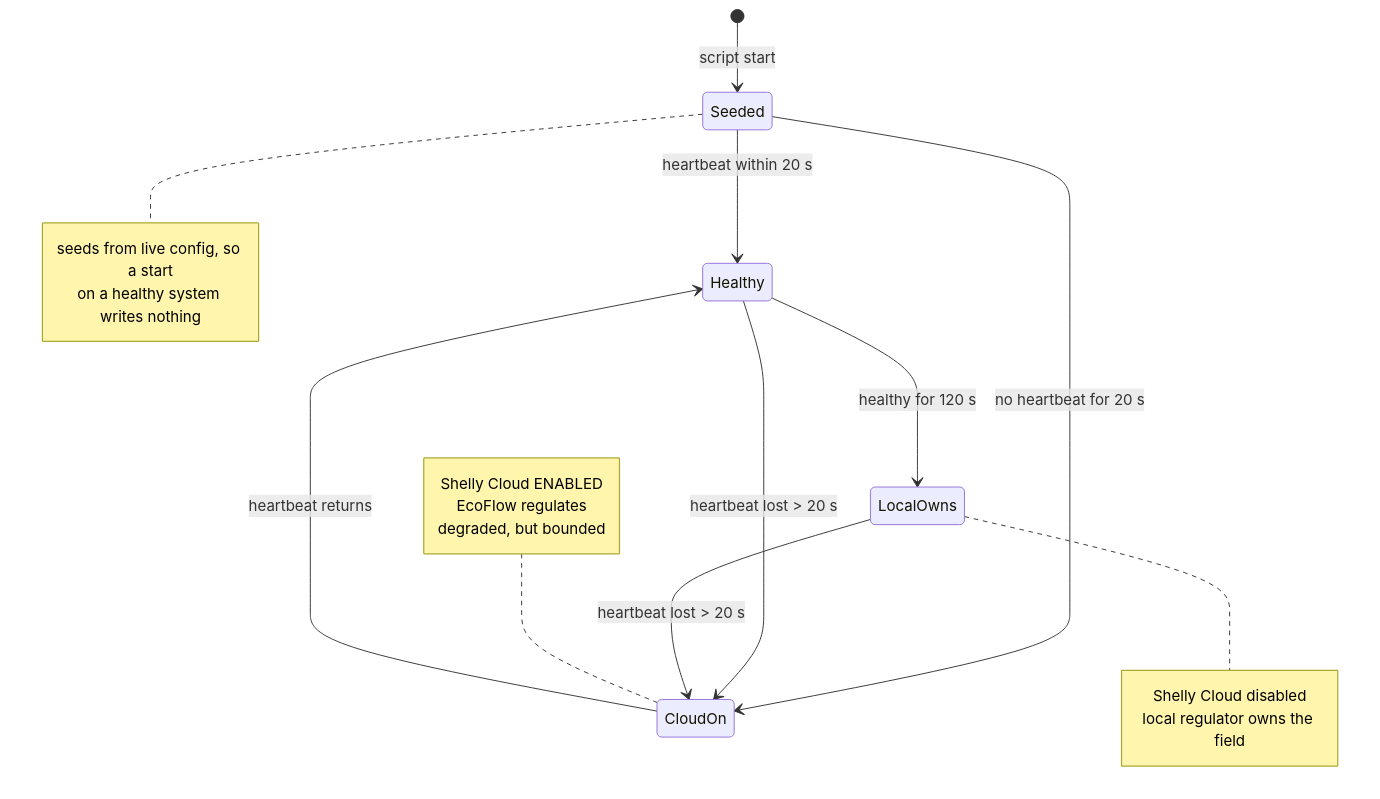
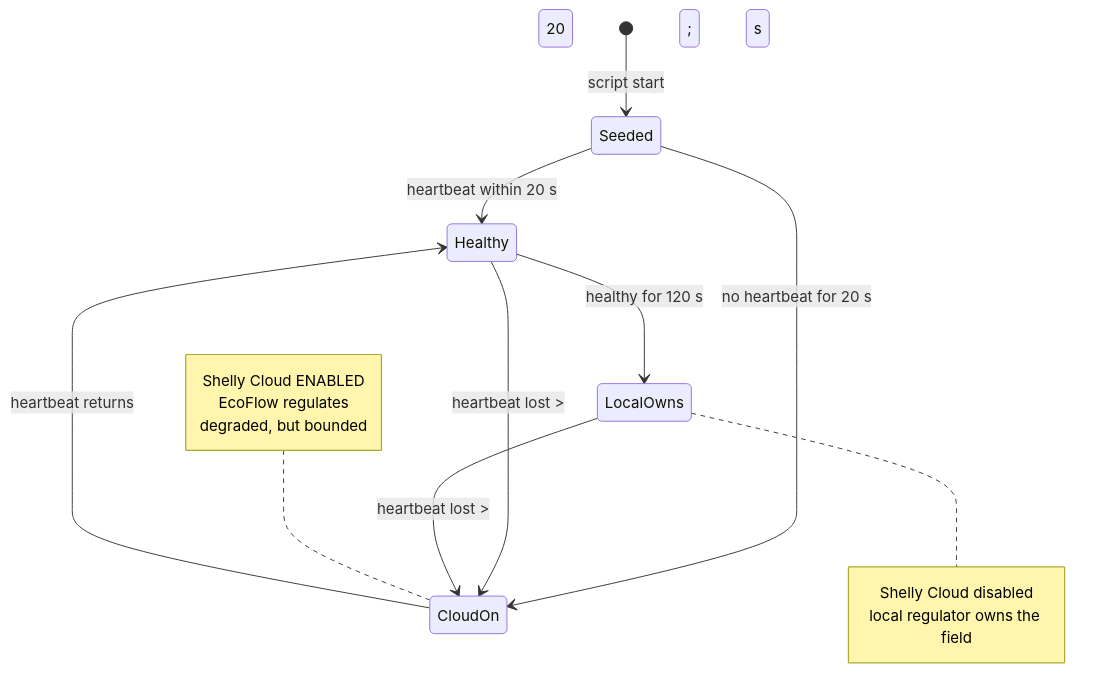
Diagram 13 of 16 in content/posts/ecoflow-zero-export-ble-meter-injection/index.md (phoinixgrr/mastori), drawn with Mermaid before and after one commit. The commit also changed other lines of this file, not shown here.

```diff
--- a/content/posts/ecoflow-zero-export-ble-meter-injection/index.md
+++ b/content/posts/ecoflow-zero-export-ble-meter-injection/index.md
@@ -530,25 +455,19 @@
 {{< mermaid >}}
 stateDiagram-v2
     [*] --> Seeded: script start
-    note right of Seeded
-        seeds from live config, so a start
-        on a healthy system writes nothing
-    end note
     Seeded --> Healthy: heartbeat within 20 s
     Seeded --> CloudOn: no heartbeat for 20 s
-
-    Healthy --> CloudOn: heartbeat lost > 20 s
+    Healthy --> CloudOn: heartbeat lost &gt; 20 s
     Healthy --> LocalOwns: healthy for 120 s
-    LocalOwns --> CloudOn: heartbeat lost > 20 s
-
+    LocalOwns --> CloudOn: heartbeat lost &gt; 20 s
     CloudOn --> Healthy: heartbeat returns
     note left of CloudOn
         Shelly Cloud ENABLED
         EcoFlow regulates
         degraded, but bounded
     end note
     note right of LocalOwns
         Shelly Cloud disabled
         local regulator owns the field
     end note
 {{< /mermaid >}}
```
